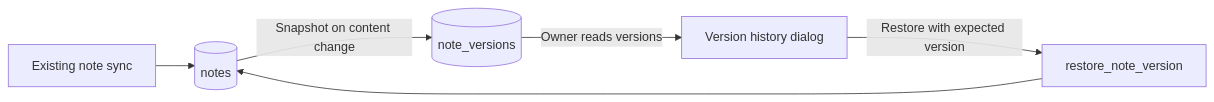
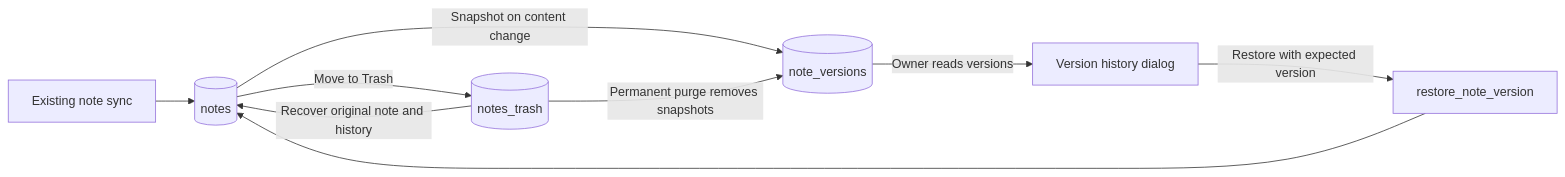
One commit to koreyba/EverFreeNote changed the diagram in docs/ai/design/feature-note-version-history.md. Above: the diagram before and after it, drawn with Mermaid. The commit also changed other lines of this file and 6 other files, not shown here.

Commit message:
fix(notes): preserve version history through Trash recovery

````diff
--- a/docs/ai/design/feature-note-version-history.md
+++ b/docs/ai/design/feature-note-version-history.md
@@ -11,8 +11,11 @@
 ```mermaid
 flowchart LR
     Queue["Existing note sync"] --> Notes[(notes)]
     Notes -->|"Snapshot on content change"| History[(note_versions)]
     History -->|"Owner reads versions"| Dialog["Version history dialog"]
     Dialog -->|"Restore with expected version"| Restore["restore_note_version"]
     Restore --> Notes
+    Notes -->|"Move to Trash"| Trash[(notes_trash)]
+    Trash -->|"Recover original note and history"| Notes
+    Trash -->|"Permanent purge removes snapshots"| History
 ```
````
